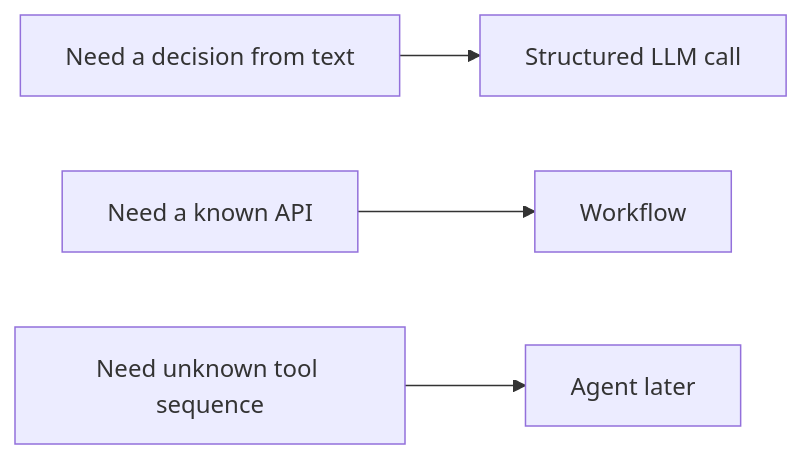
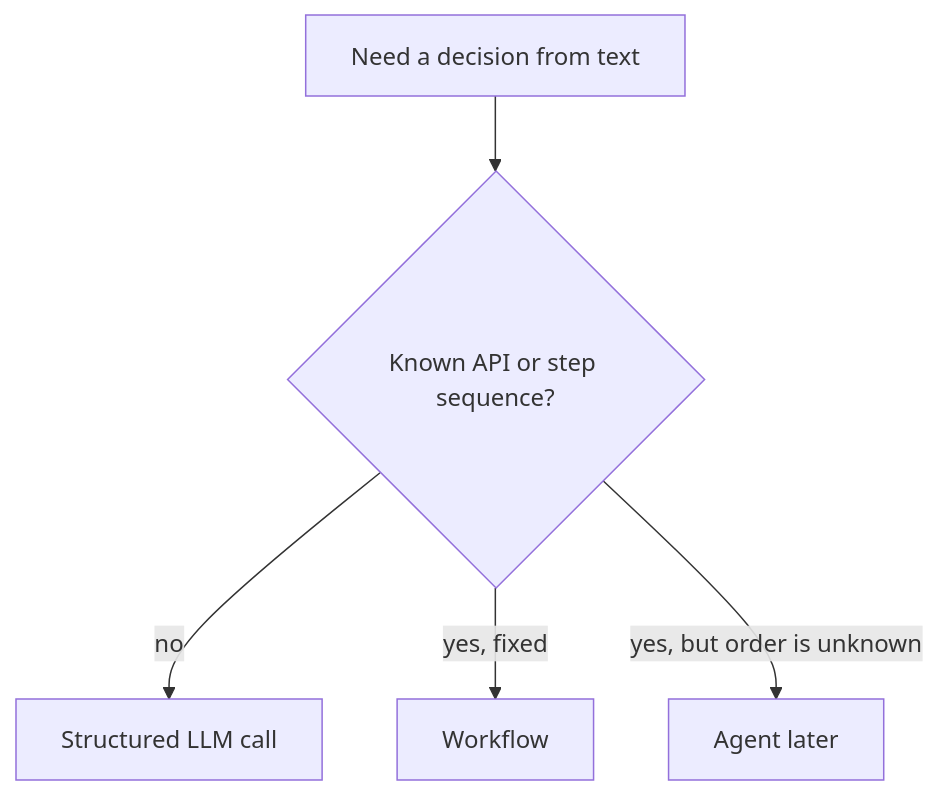
Before and after one commit to krishnaviswa/AiLearner: the diagram in 03-LLM-ENGINEERING/19-comparison.md, drawn with Mermaid. The commit also changed 109 other files, not shown here.

Commit message:
Enhance dependency graphs and styling across multiple HTML files. Added class definitions for various components to improve visual representation and organization. Updated flowcharts to include subgraphs for better clarity in the architecture and decision-making processes.

````diff
--- a/03-LLM-ENGINEERING/19-comparison.md
+++ b/03-LLM-ENGINEERING/19-comparison.md
@@ -22,6 +22,7 @@
 ```mermaid
-flowchart LR
-  Need[Need a decision from text] --> S[Structured LLM call]
-  Need2[Need a known API] --> W[Workflow]
-  Need3[Need unknown tool sequence] --> A[Agent later]
+flowchart TD
+  Need[Need a decision from text] --> Q1{Known API or step sequence?}
+  Q1 -->|no| S[Structured LLM call]
+  Q1 -->|yes, fixed| W[Workflow]
+  Q1 -->|yes, but order is unknown| A[Agent later]
 ```
````
